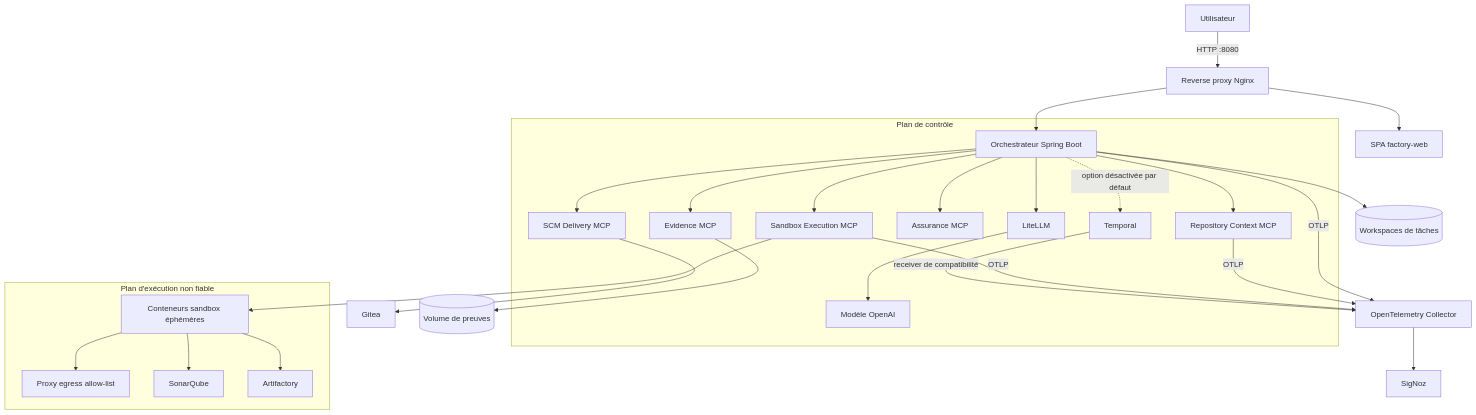
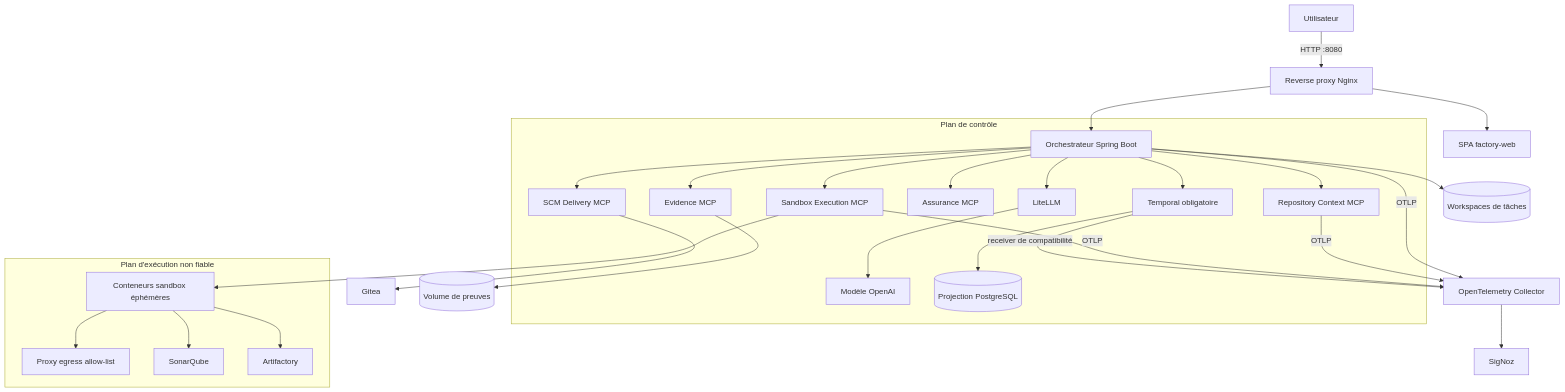
One commit to dbeaumont/ai-software-factory-local changed the second of 4 diagrams in README.md. Above: the diagram before and after it, drawn with Mermaid. The commit also changed other lines of this file and 6 other files, not shown here.

````diff
--- a/README.md
+++ b/README.md
@@ -102,33 +102,34 @@
 ```mermaid
 flowchart TB
   User[Utilisateur] -->|HTTP :8080| Proxy[Reverse proxy Nginx]
   Proxy --> Web[SPA factory-web]
   Proxy --> API[Orchestrateur Spring Boot]
 
   subgraph Control[Plan de contrôle]
     API --> LLM[LiteLLM]
     LLM --> Cloud[Modèle OpenAI]
     API --> Context[Repository Context MCP]
     API --> Sandbox[Sandbox Execution MCP]
     API --> Assurance[Assurance MCP]
     API --> Evidence[Evidence MCP]
     API --> SCM[SCM Delivery MCP]
-    API -. option désactivée par défaut .-> Temporal[Temporal]
+    API --> Temporal[Temporal obligatoire]
+    Temporal --> Projection[(Projection PostgreSQL)]
   end
 
   subgraph Execution[Plan d'exécution non fiable]
     Sandbox --> Jobs[Conteneurs sandbox éphémères]
     Jobs --> ProxyEgress[Proxy egress allow-list]
     Jobs --> Sonar[SonarQube]
     Jobs --> Artifactory[Artifactory]
   end
 
   SCM --> Gitea[Gitea]
   Evidence --> EvidenceVolume[(Volume de preuves)]
   API --> Workspace[(Workspaces de tâches)]
   API -->|OTLP| Collector[OpenTelemetry Collector]
   Context -->|OTLP| Collector
   Sandbox -->|OTLP| Collector
   Temporal -->|receiver de compatibilité| Collector
   Collector --> SigNoz[SigNoz]
 ```
````
